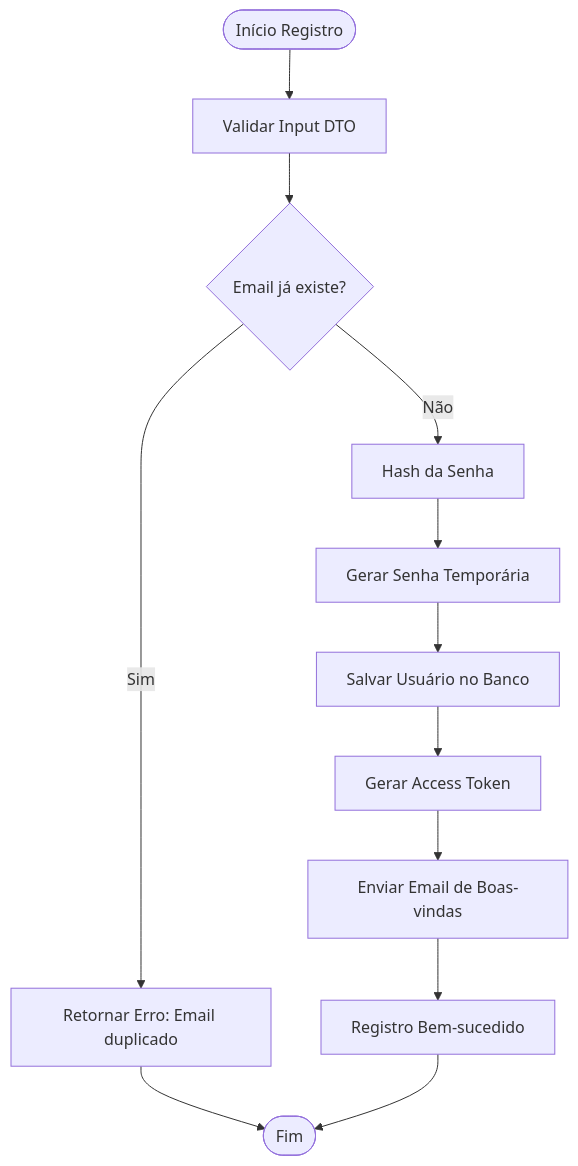
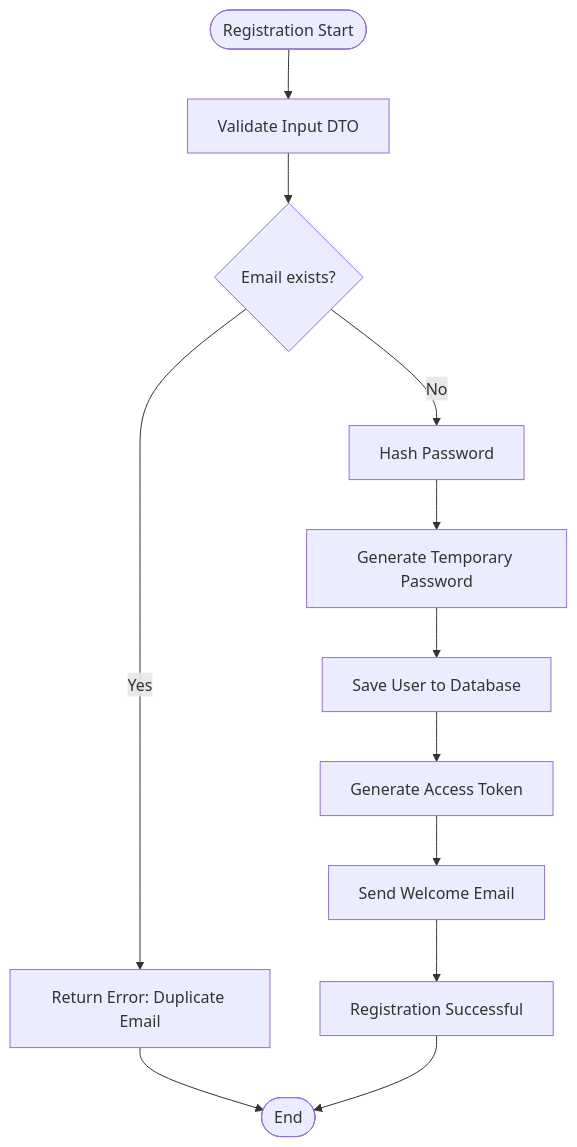
One commit to RobertRuas/windlog changed the second of 10 diagrams in .qoder/repowiki/en/content/Segurança e Autenticação.md. Above: the diagram before and after it, drawn with Mermaid. The commit also changed other lines of this file and 136 other files, not shown here.

````diff
--- a/.qoder/repowiki/en/content/Segurança e Autenticação.md
+++ b/.qoder/repowiki/en/content/Segurança e Autenticação.md
@@ -85,14 +95,14 @@
 ```mermaid
 flowchart TD
-Start([Início Registro]) --> ValidateInput["Validar Input DTO"]
-ValidateInput --> CheckEmail{"Email já existe?"}
-CheckEmail --> |Sim| ReturnError["Retornar Erro: Email duplicado"]
-CheckEmail --> |Não| HashPassword["Hash da Senha"]
-HashPassword --> CreateTempPassword["Gerar Senha Temporária"]
-CreateTempPassword --> SaveUser["Salvar Usuário no Banco"]
-SaveUser --> GenerateTokens["Gerar Access Token"]
-GenerateTokens --> SendWelcome["Enviar Email de Boas-vindas"]
-SendWelcome --> Success["Registro Bem-sucedido"]
-ReturnError --> End([Fim])
+Start([Registration Start]) --> ValidateInput["Validate Input DTO"]
+ValidateInput --> CheckEmail{"Email exists?"}
+CheckEmail --> |Yes| ReturnError["Return Error: Duplicate Email"]
+CheckEmail --> |No| HashPassword["Hash Password"]
+HashPassword --> CreateTempPassword["Generate Temporary Password"]
+CreateTempPassword --> SaveUser["Save User to Database"]
+SaveUser --> GenerateTokens["Generate Access Token"]
+GenerateTokens --> SendWelcome["Send Welcome Email"]
+SendWelcome --> Success["Registration Successful"]
+ReturnError --> End([End])
 Success --> End
 ```
````
